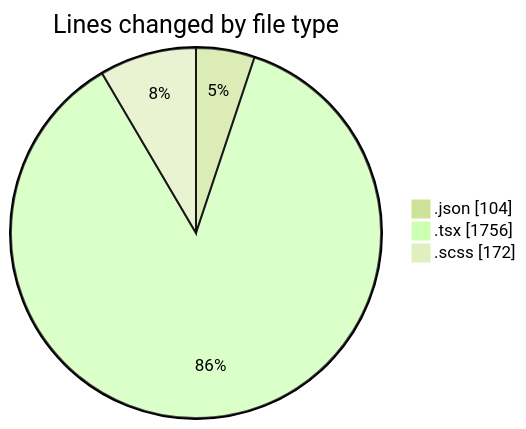
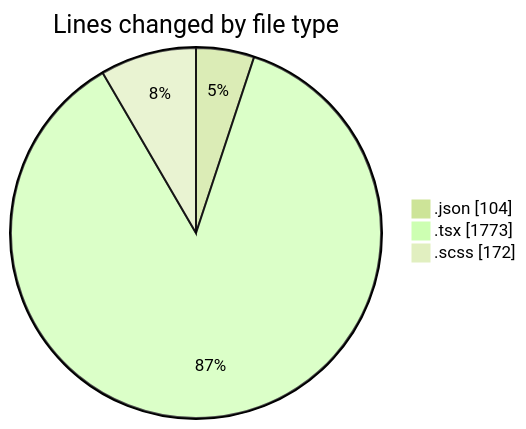
The first of 2 diagrams in 2025-08-20/cda/README.md (momahboobian/code-tracking), drawn with Mermaid (forest theme) before and after one commit. The commit also changed other lines of this file and 1 other file, not shown here.

````diff
--- a/2025-08-20/cda/README.md
+++ b/2025-08-20/cda/README.md
@@ -26,7 +26,7 @@
 ```mermaid
 pie showData
 title Lines changed by file type
 ".json" : 104
-".tsx" : 1756
+".tsx" : 1773
 ".scss" : 172
 ```
````
